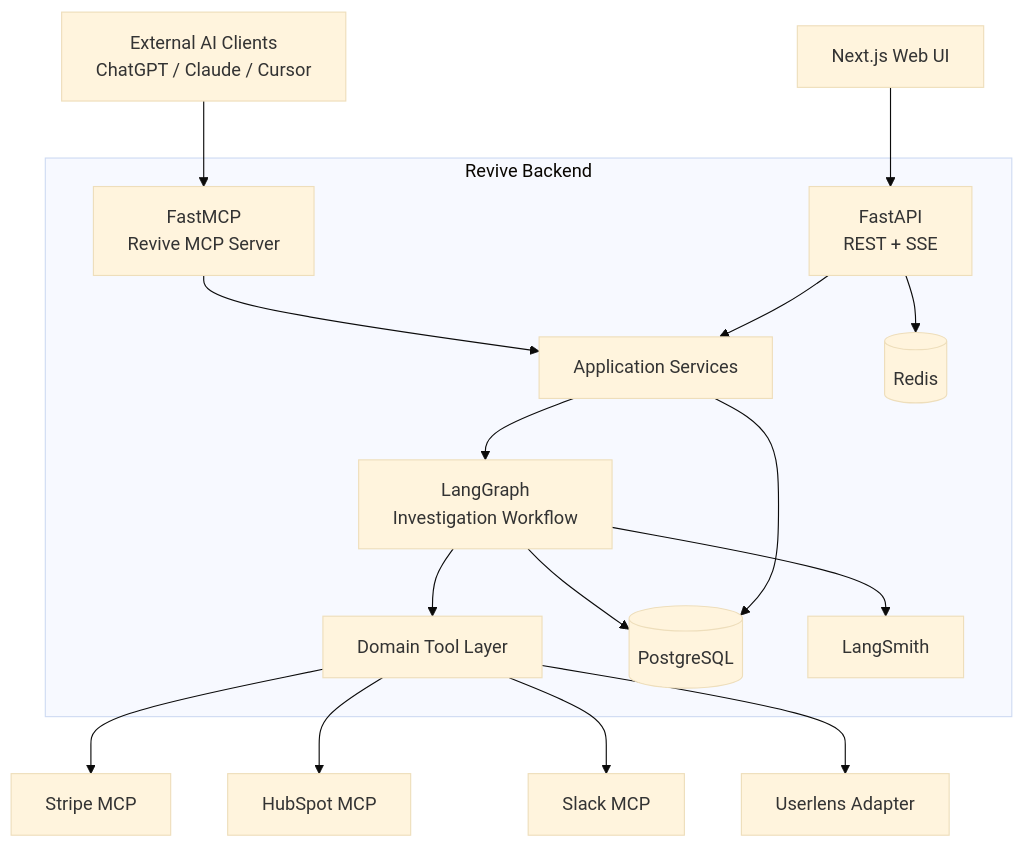
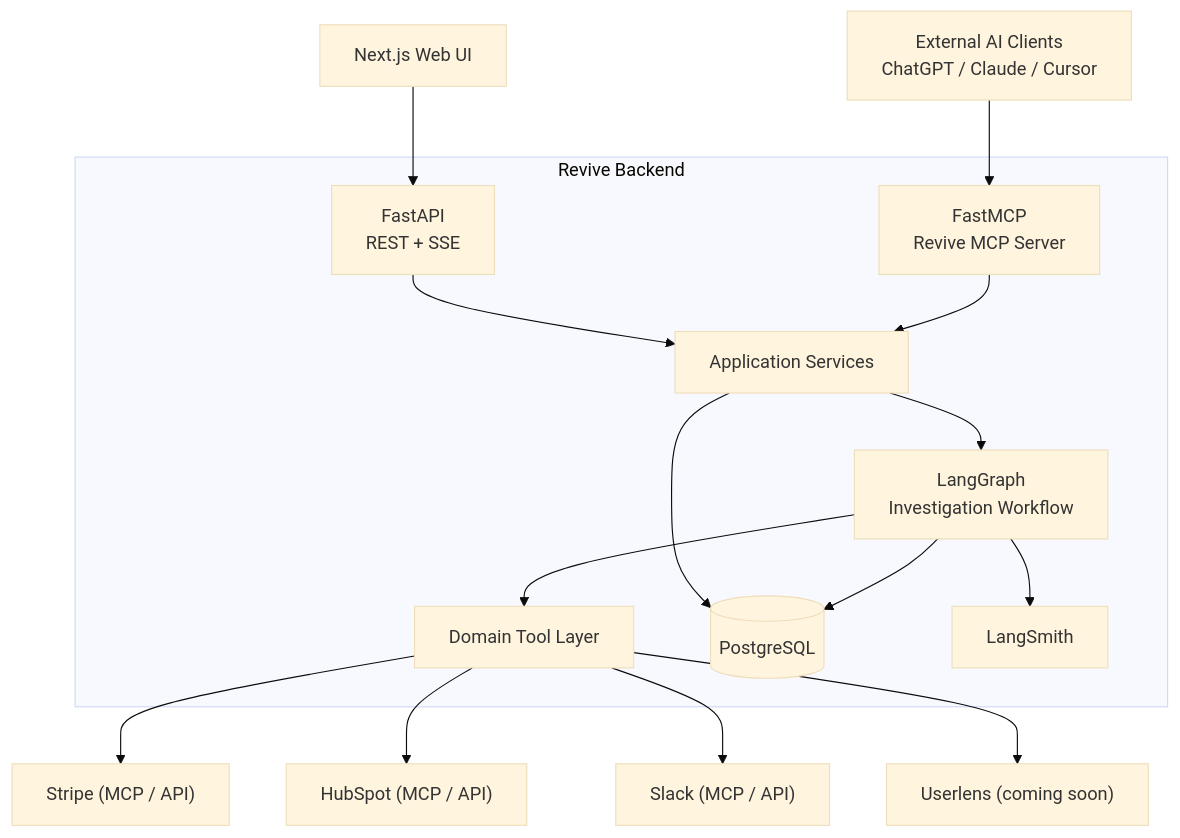
The first of 12 diagrams in HLD.md (Akshun-01/revive), drawn with Mermaid (base theme) before and after one commit. The commit also changed other lines of this file and 7 other files, not shown here.

````diff
--- a/HLD.md
+++ b/HLD.md
@@ -37,42 +37,40 @@
 ```mermaid
 flowchart TB
     UI["Next.js Web UI"]
     EXT["External AI Clients<br/>ChatGPT / Claude / Cursor"]
 
     subgraph APP["Revive Backend"]
         API["FastAPI<br/>REST + SSE"]
         MCP["FastMCP<br/>Revive MCP Server"]
 
         SERVICES["Application Services"]
         AGENT["LangGraph<br/>Investigation Workflow"]
         DOMAIN["Domain Tool Layer"]
 
         DB[("PostgreSQL")]
-        REDIS[("Redis")]
         LS["LangSmith"]
     end
 
-    STRIPE["Stripe MCP"]
-    HUBSPOT["HubSpot MCP"]
-    SLACK["Slack MCP"]
-    USERLENS["Userlens Adapter"]
+    STRIPE["Stripe (MCP / API)"]
+    HUBSPOT["HubSpot (MCP / API)"]
+    SLACK["Slack (MCP / API)"]
+    USERLENS["Userlens (coming soon)"]
 
     UI --> API
     EXT --> MCP
 
     API --> SERVICES
     MCP --> SERVICES
 
     SERVICES --> AGENT
     AGENT --> DOMAIN
 
     DOMAIN --> STRIPE
     DOMAIN --> HUBSPOT
     DOMAIN --> SLACK
     DOMAIN --> USERLENS
 
     SERVICES --> DB
     AGENT --> DB
     AGENT --> LS
-    API --> REDIS
 ```
````
